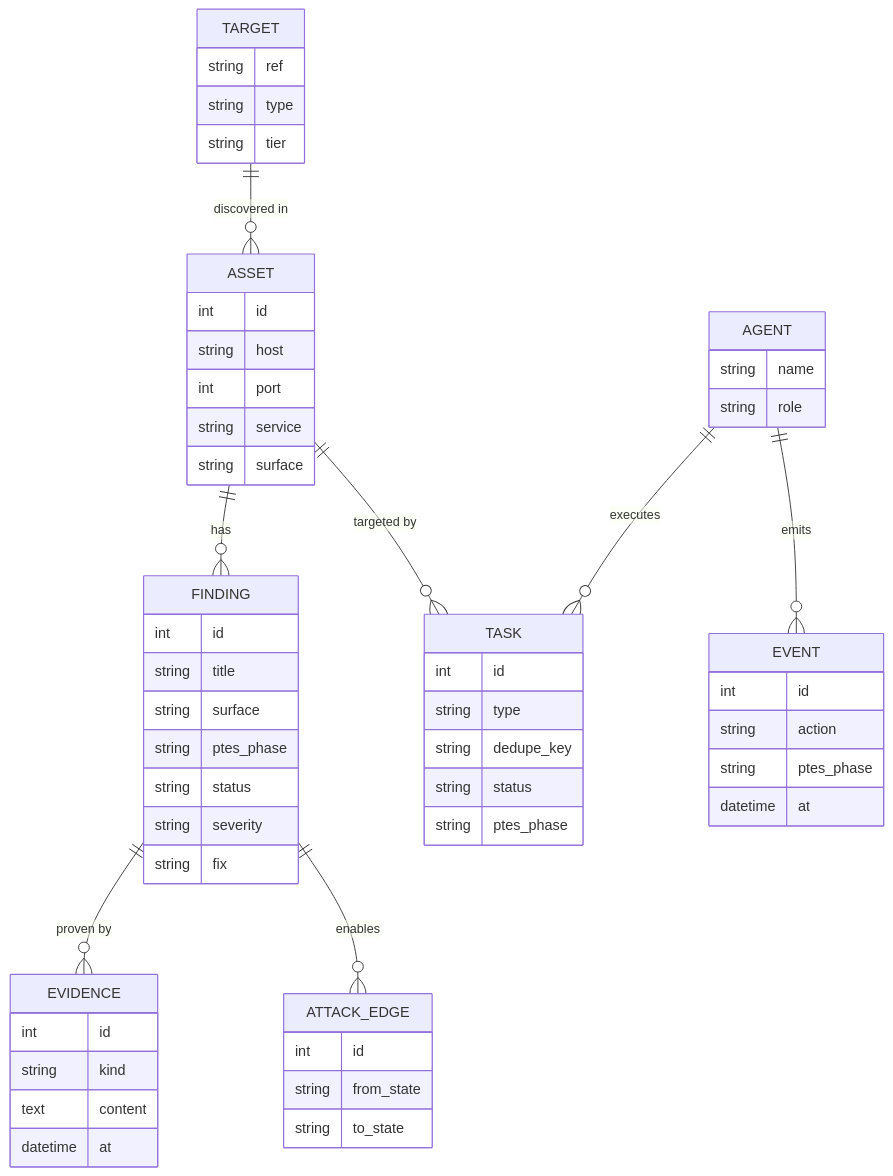
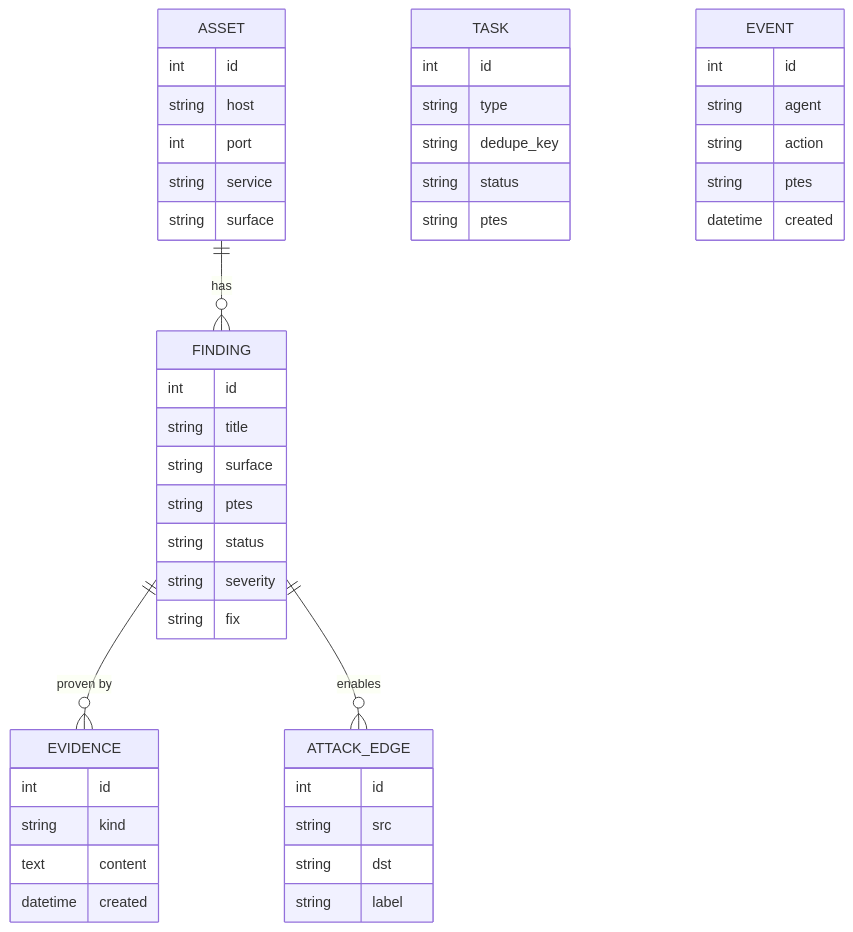
The ninth of 10 diagrams in README.md (hrdk6/Mitigata-Hackathon), drawn with Mermaid before and after one commit. The commit also changed other lines of this file and 1 other file, not shown here.

````diff
--- a/README.md
+++ b/README.md
@@ -680,60 +664,49 @@
 ```mermaid
 erDiagram
-    TARGET  ||--o{ ASSET       : "discovered in"
     ASSET   ||--o{ FINDING     : "has"
     FINDING ||--o{ EVIDENCE    : "proven by"
     FINDING ||--o{ ATTACK_EDGE : "enables"
-    ASSET   ||--o{ TASK        : "targeted by"
-    AGENT   ||--o{ TASK        : "executes"
-    AGENT   ||--o{ EVENT       : "emits"
 
-    TARGET {
-        string ref
-        string type
-        string tier
-    }
     ASSET {
         int id
         string host
         int port
         string service
         string surface
     }
     FINDING {
         int id
         string title
         string surface
-        string ptes_phase
+        string ptes
         string status
         string severity
         string fix
     }
     EVIDENCE {
         int id
         string kind
         text content
-        datetime at
+        datetime created
     }
     TASK {
         int id
         string type
         string dedupe_key
         string status
-        string ptes_phase
+        string ptes
     }
     ATTACK_EDGE {
         int id
-        string from_state
-        string to_state
-    }
-    AGENT {
-        string name
-        string role
+        string src
+        string dst
+        string label
     }
     EVENT {
         int id
+        string agent
         string action
-        string ptes_phase
-        datetime at
+        string ptes
+        datetime created
     }
 ```
````
